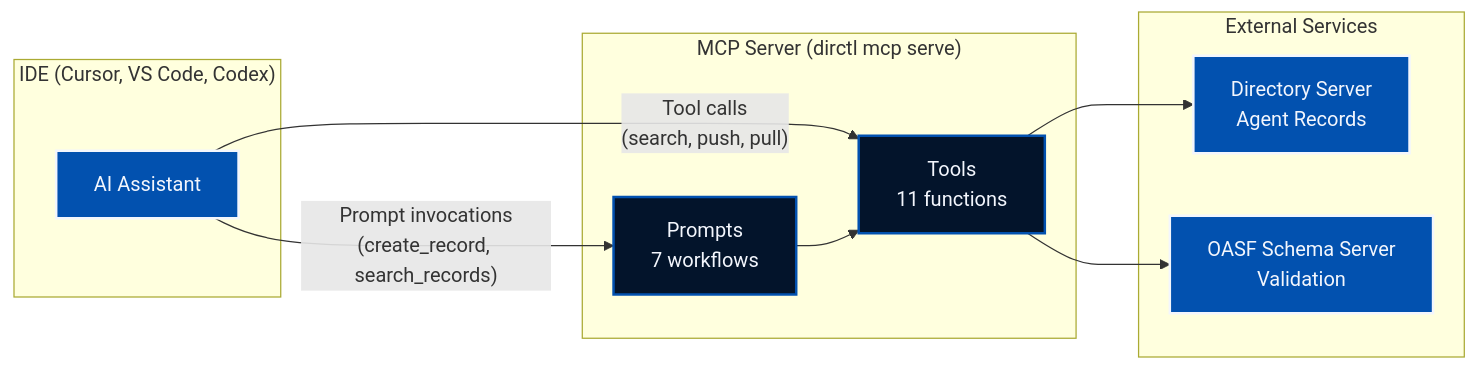
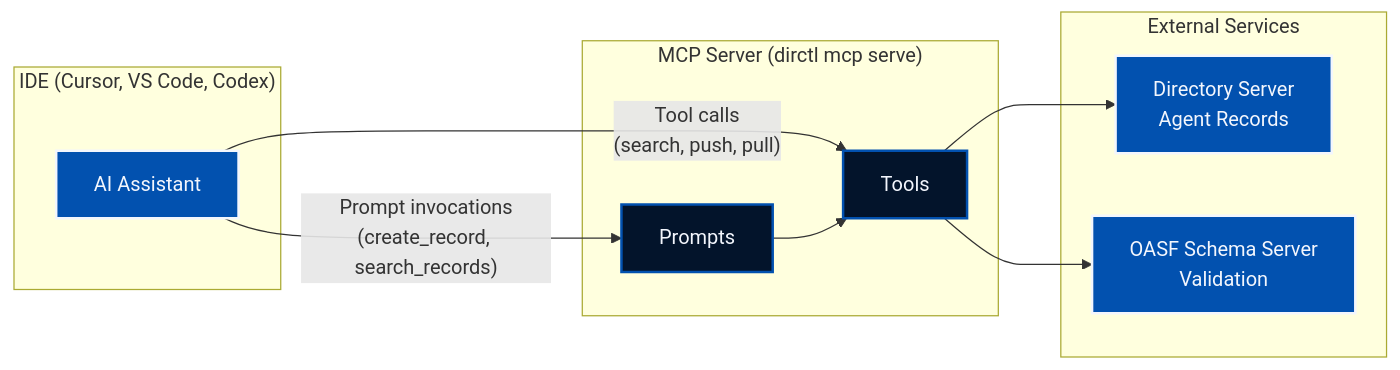
One commit to agntcy/blogs changed the diagram in _posts/2026-02-18-directory-mcp-server.md. Above: the diagram before and after it, drawn with Mermaid. The commit also changed other lines of this file, not shown here.

Commit message:
docs: rework mcp server blogpost

````diff
--- a/_posts/2026-02-18-directory-mcp-server.md
+++ b/_posts/2026-02-18-directory-mcp-server.md
@@ -40,26 +40,26 @@
 ```mermaid
 flowchart LR
     classDef ide fill:#0251af,stroke:#f3f6fd,stroke-width:2px,color:#f3f6fd;
     classDef mcp fill:#03142b,stroke:#0251af,stroke-width:2px,color:#f3f6fd;
     classDef external fill:#0251af,stroke:#f3f6fd,stroke-width:2px,color:#f3f6fd;
 
     subgraph IDE["IDE (Cursor, VS Code, Codex)"]
         AI[AI Assistant]:::ide
     end
 
     subgraph MCP["MCP Server (dirctl mcp serve)"]
-        Tools[Tools<br/>11 functions]:::mcp
-        Prompts[Prompts<br/>7 workflows]:::mcp
+        Tools[Tools]:::mcp
+        Prompts[Prompts]:::mcp
     end
 
     subgraph External["External Services"]
         Dir[Directory Server<br/>Agent Records]:::external
         Schema[OASF Schema Server<br/>Validation]:::external
     end
 
     AI -->|"Tool calls<br/>(search, push, pull)"| Tools
     AI -->|"Prompt invocations<br/>(create_record, search_records)"| Prompts
     Tools --> Dir
     Tools --> Schema
     Prompts --> Tools
 ```
````
